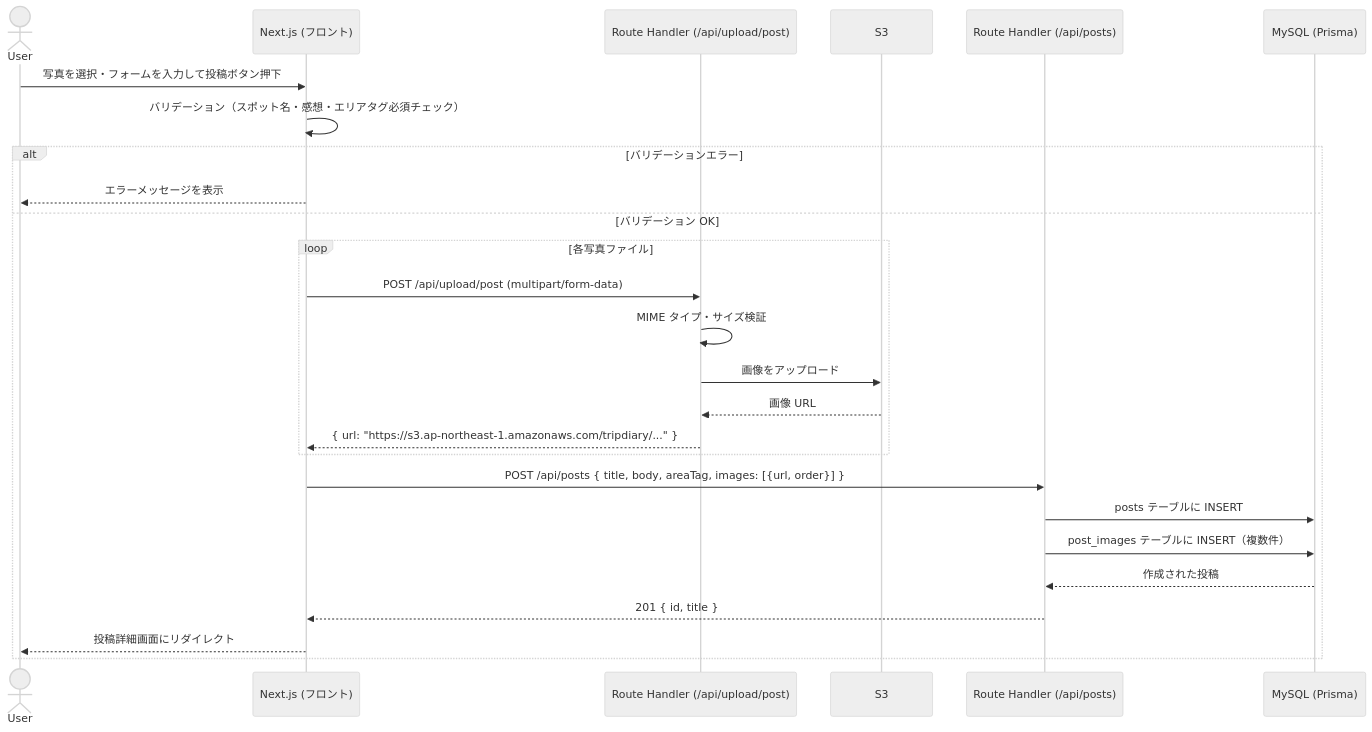
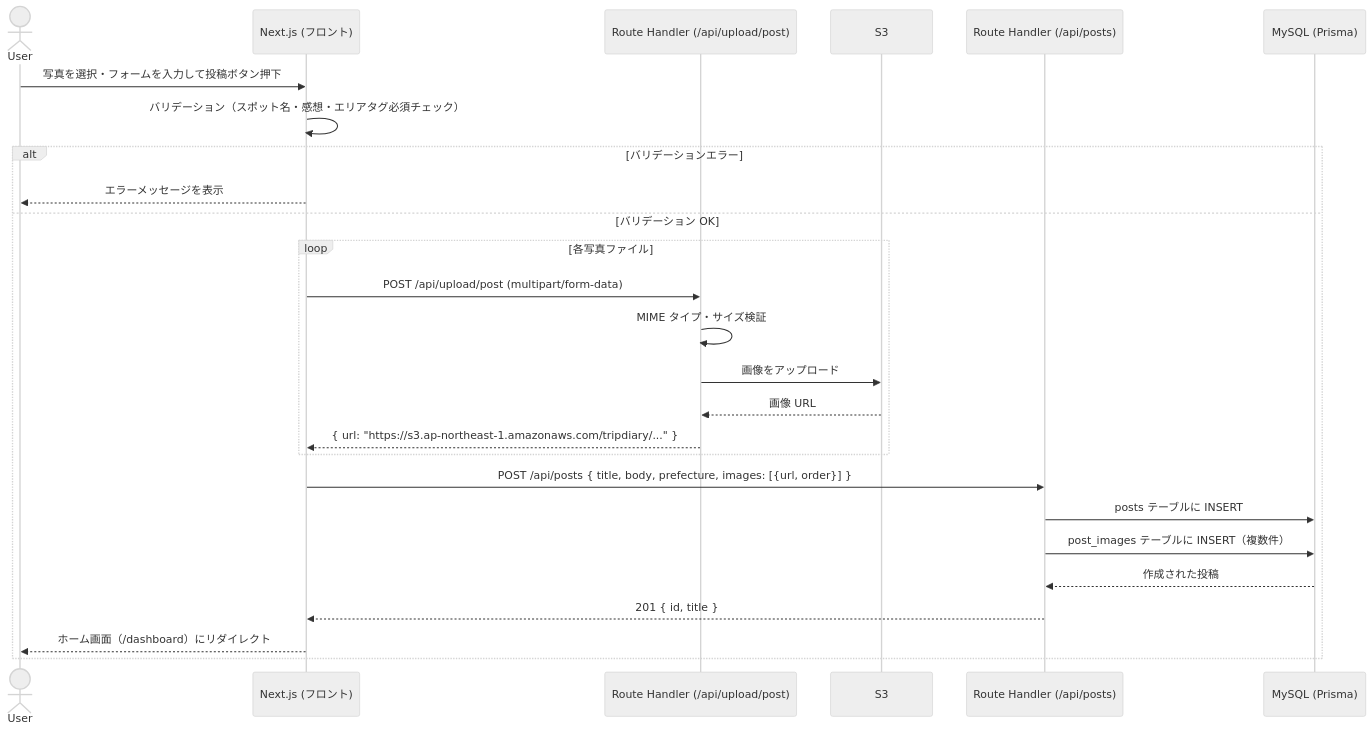
Before and after one commit to saki-nakata/TripDiary: the fifth of 10 diagrams in docs/シーケンス図.md, drawn with Mermaid (neutral theme). The commit also changed other lines of this file and 97 other files, not shown here.

````diff
--- a/docs/シーケンス図.md
+++ b/docs/シーケンス図.md
@@ -139,29 +139,29 @@
 ```mermaid
 sequenceDiagram
     actor User
     participant FE as Next.js (フロント)
     participant UploadAPI as Route Handler (/api/upload/post)
     participant S3 as S3
     participant PostAPI as Route Handler (/api/posts)
     participant DB as MySQL (Prisma)
 
     User->>FE: 写真を選択・フォームを入力して投稿ボタン押下
     FE->>FE: バリデーション（スポット名・感想・エリアタグ必須チェック）
     alt バリデーションエラー
         FE-->>User: エラーメッセージを表示
     else バリデーション OK
         loop 各写真ファイル
             FE->>UploadAPI: POST /api/upload/post (multipart/form-data)
             UploadAPI->>UploadAPI: MIME タイプ・サイズ検証
             UploadAPI->>S3: 画像をアップロード
             S3-->>UploadAPI: 画像 URL
             UploadAPI-->>FE: { url: "https://s3.ap-northeast-1.amazonaws.com/tripdiary/..." }
         end
-        FE->>PostAPI: POST /api/posts { title, body, areaTag, images: [{url, order}] }
+        FE->>PostAPI: POST /api/posts { title, body, prefecture, images: [{url, order}] }
         PostAPI->>DB: posts テーブルに INSERT
         PostAPI->>DB: post_images テーブルに INSERT（複数件）
         DB-->>PostAPI: 作成された投稿
         PostAPI-->>FE: 201 { id, title }
-        FE-->>User: 投稿詳細画面にリダイレクト
+        FE-->>User: ホーム画面（/dashboard）にリダイレクト
     end
 ```
````
